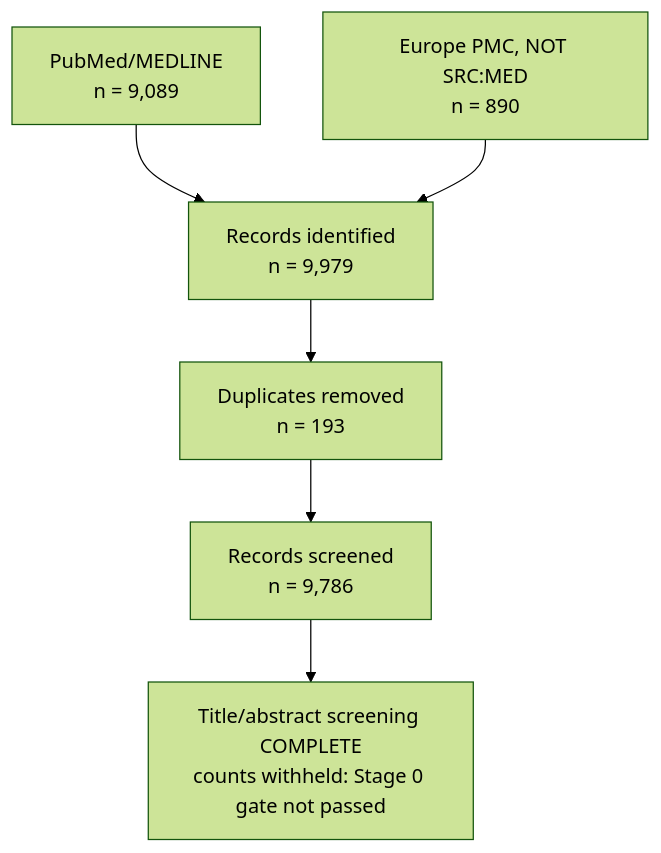
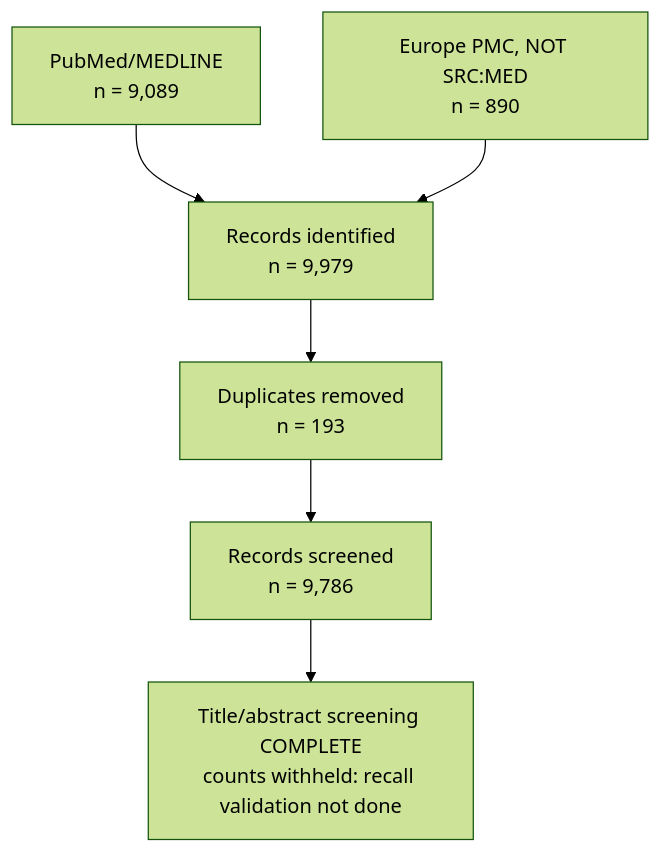
Before and after one commit to hssling/Epigenetics_and_Cancer_Research: the diagram in egm/manuscript/PRISMA_flow.md, drawn with Mermaid (forest theme). The commit also changed other lines of this file and 6 other files, not shown here.

First line of the commit message:
feat(gate): Gate screening counts on recall validation, per Amendment 7

````diff
--- a/egm/manuscript/PRISMA_flow.md
+++ b/egm/manuscript/PRISMA_flow.md
@@ -81,9 +81,9 @@
 ```mermaid
 flowchart TD
     A["PubMed/MEDLINE<br/>n = 9,089"] --> C
     B["Europe PMC, NOT SRC:MED<br/>n = 890"] --> C
     C["Records identified<br/>n = 9,979"] --> D
     D["Duplicates removed<br/>n = 193"] --> E
     E["Records screened<br/>n = 9,786"] --> F
-    F["Title/abstract screening COMPLETE<br/>counts withheld: Stage 0 gate not passed"]
+    F["Title/abstract screening COMPLETE<br/>counts withheld: recall validation not done"]
 ```
````
